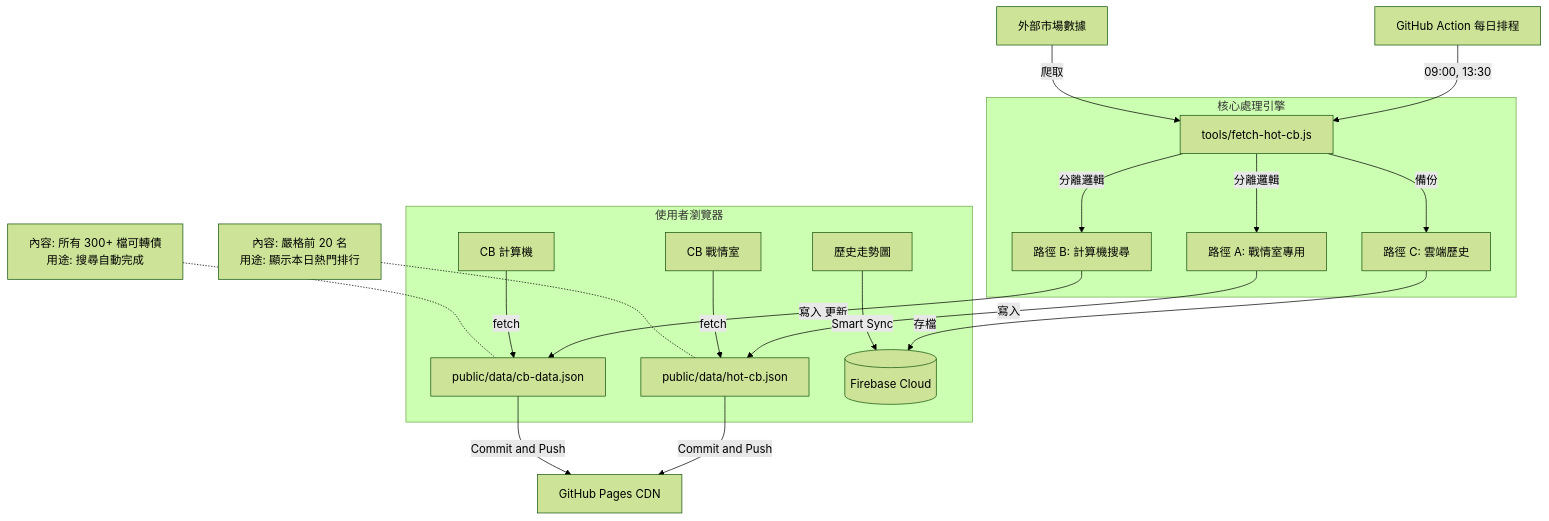
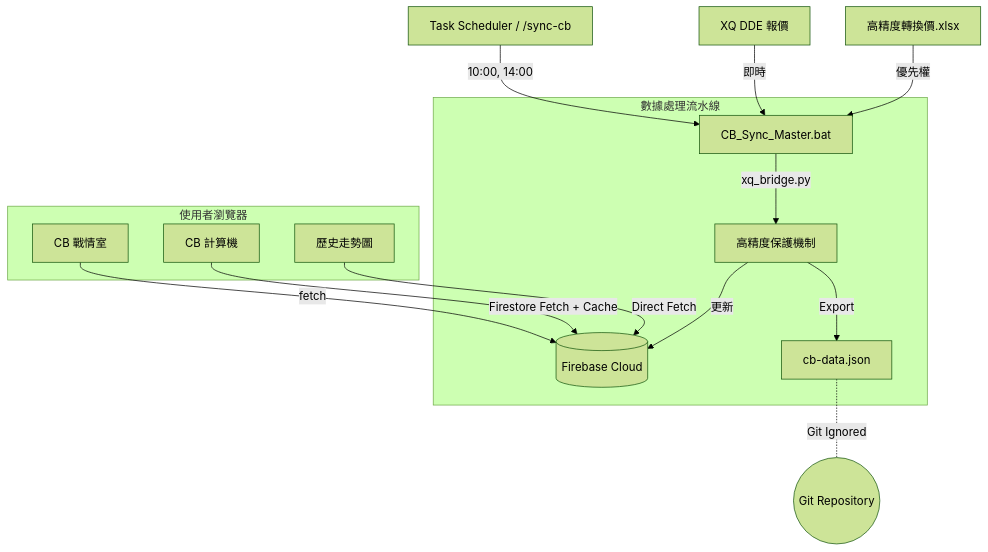
Before and after one commit to foreverbule2003/me: the diagram in docs/CB_DATA_FLOW.md, drawn with Mermaid (forest theme). The commit also changed other lines of this file and 5 other files, not shown here.

Commit message:
feat(arch): decouple data from codebase and migrate to cloud-native authority (v1.8.0)

````diff
--- a/docs/CB_DATA_FLOW.md
+++ b/docs/CB_DATA_FLOW.md
@@ -57,33 +52,24 @@
 ```mermaid
 graph TD
     %% 來源與觸發
-    Cron[GitHub Action 每日排程] -->|09:00, 13:30| Script[tools/fetch-hot-cb.js]
-    Market[外部市場數據] -->|爬取| Script
+    Sched[Task Scheduler / /sync-cb] -->|10:00, 14:00| Bat[CB_Sync_Master.bat]
+    DDE[XQ DDE 報價] -->|即時| Bat
+    Excel[高精度轉換價.xlsx] -->|優先權| Bat
 
-    %% 核心分流處理
-    subgraph Data_Processing [核心處理引擎]
-        Script -->|分離邏輯| PathA[路徑 A: 戰情室專用]
-        Script -->|分離邏輯| PathB[路徑 B: 計算機搜尋]
-        Script -->|備份| PathC[路徑 C: 雲端歷史]
+    %% 核心處理
+    subgraph Data_Pipe [數據處理流水線]
+        Bat -->|xq_bridge.py| Protect[高精度保護機制]
+        Protect -->|更新| Firestore[(Firebase Cloud)]
+        Protect -->|Export| LocalJSON[cb-data.json]
     end
 
-    %% 儲存層
-    PathA -->|寫入| HotFile[public/data/hot-cb.json]
-    PathB -->|寫入 更新| MasterFile[public/data/cb-data.json]
-    PathC -->|存檔| Firestore[(Firebase Cloud)]
-
-    %% 部署
-    HotFile -->|Commit and Push| GitHubPages[GitHub Pages CDN]
-    MasterFile -->|Commit and Push| GitHubPages
+    %% Git 隔離
+    LocalJSON -.-|Git Ignored| GitRepo((Git Repository))
 
     %% 使用者端 (瀏覽器)
     subgraph Client_Side [使用者瀏覽器]
-        WarRoom[CB 戰情室] -->|fetch| HotFile
-        Calculator[CB 計算機] -->|fetch| MasterFile
-        HistoryService[歷史走勢圖] -->|Smart Sync| Firestore
+        WarRoom[CB 戰情室] -->|fetch| Firestore
+        Calculator[CB 計算機] -->|Firestore Fetch + Cache| Firestore
+        HistoryService[歷史走勢圖] -->|Direct Fetch| Firestore
     end
-
-    %% 關聯與用途
-    note1[內容: 嚴格前 20 名<br>用途: 顯示本日熱門排行] -.- HotFile
-    note2[內容: 所有 300+ 檔可轉債<br>用途: 搜尋自動完成] -.- MasterFile
 ```
````
